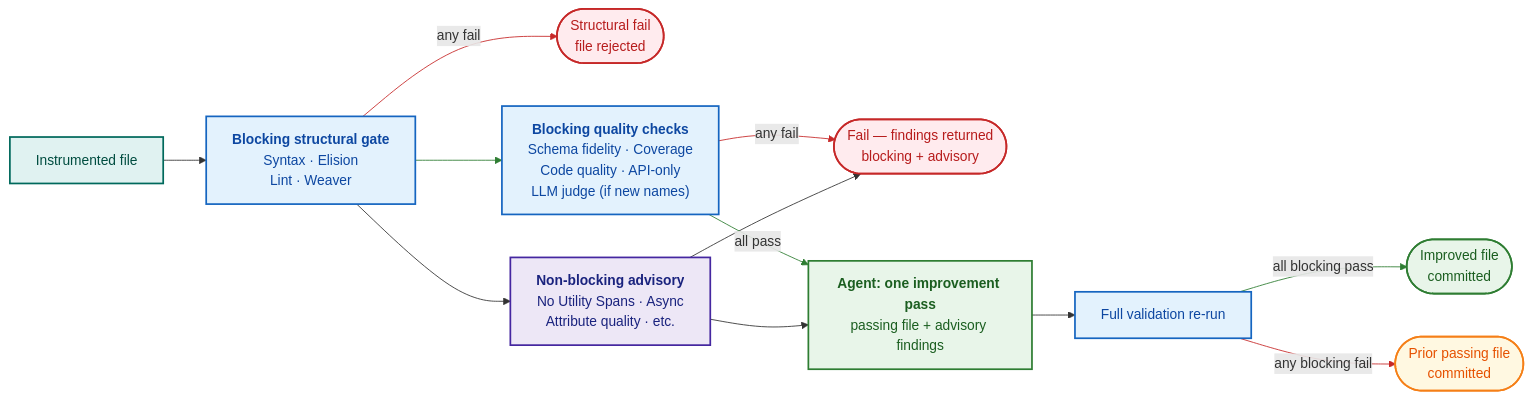
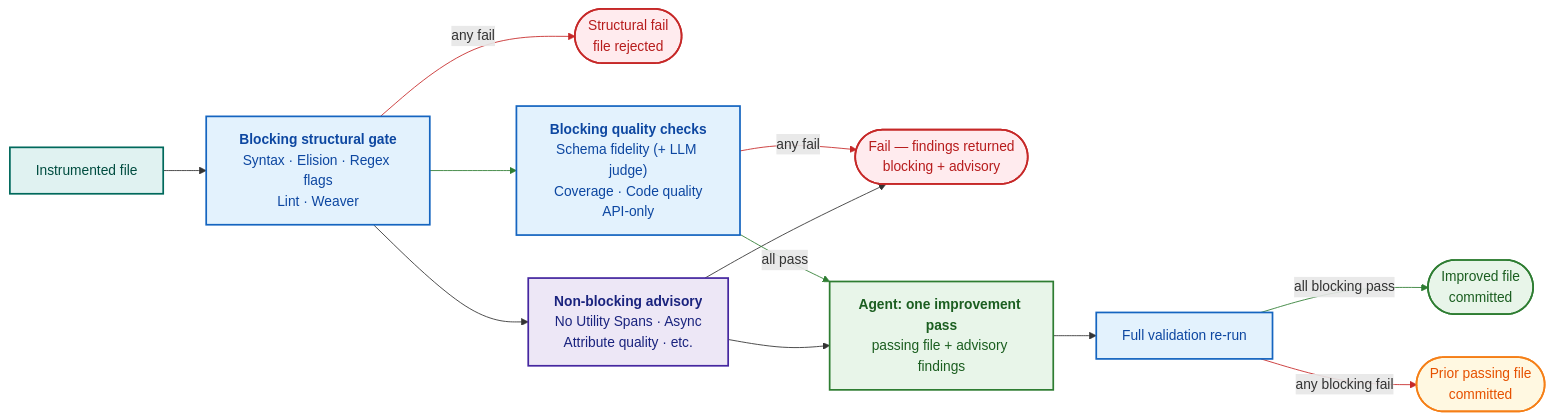
Diagram 25 of 48 in talk/slides-llmday/index.qmd (wiggitywhitney/spinybacked-orbweaver), drawn with Mermaid before and after one commit. The commit also changed other lines of this file and 2 other files, not shown here.

First line of the commit message:
docs(prd-1038): correct SCH-001/SCH-002 judge framing in llmday deck (M2)

````diff
--- a/talk/slides-llmday/index.qmd
+++ b/talk/slides-llmday/index.qmd
@@ -1468,62 +1484,62 @@
 ```{mermaid}
 %%| mermaid-format: js
 flowchart LR
     IN["Instrumented file"]
     GATE["`**Blocking structural gate**
-Syntax · Elision
+Syntax · Elision · Regex flags
 Lint · Weaver`"]
     REJECT(["`Structural fail
 file rejected`"])
     BLOCKING["`**Blocking quality checks**
-Schema fidelity · Coverage
-Code quality · API-only
-LLM judge (if new names)`"]
+Schema fidelity (+ LLM judge)
+Coverage · Code quality
+API-only`"]
     ADVISORY["`**Non-blocking advisory**
 No Utility Spans · Async
 Attribute quality · etc.`"]
     FAIL(["`Fail — findings returned
 blocking + advisory`"])
     POLISH["`**Agent: one improvement pass**
 passing file + advisory findings`"]
     RERUN["Full validation re-run"]
     IMPROVED(["`Improved file
 committed`"])
     PRIOR(["`Prior passing file
 committed`"])
 
     IN --> GATE
     GATE -->|any fail| REJECT
     GATE --> BLOCKING
     GATE --> ADVISORY
     BLOCKING -->|any fail| FAIL
     ADVISORY --> FAIL
     BLOCKING -->|"all pass"| POLISH
     ADVISORY --> POLISH
     POLISH --> RERUN
     RERUN -->|"all blocking pass"| IMPROVED
     RERUN -->|"any blocking fail"| PRIOR
 
     linkStyle 1 stroke:#C62828
     linkStyle 2 stroke:#2E7D32
     linkStyle 4 stroke:#C62828
     linkStyle 6 stroke:#2E7D32
     linkStyle 9 stroke:#2E7D32
     linkStyle 10 stroke:#C62828
 
     classDef dvin fill:#E0F2F1,stroke:#00695C,stroke-width:2px,color:#004D40
     classDef dvblock fill:#E3F2FD,stroke:#1565C0,stroke-width:2px,color:#0D47A1
     classDef dvadvisory fill:#EDE7F6,stroke:#4527A0,stroke-width:2px,color:#1A237E
     classDef dvfail fill:#FFEBEE,stroke:#C62828,stroke-width:2px,color:#B71C1C
     classDef dvagent fill:#E8F5E9,stroke:#2E7D32,stroke-width:2px,color:#1B5E20
     classDef dvaccept fill:#E8F5E9,stroke:#2E7D32,stroke-width:2px,color:#1B5E20
     classDef dvprior fill:#FFF8E1,stroke:#F57F17,stroke-width:2px,color:#E65100
     classDef dvhidden fill:white,stroke:white,color:white
 
     class IN dvin
     class GATE,BLOCKING,RERUN dvblock
     class ADVISORY dvadvisory
     class REJECT,FAIL dvfail
     class POLISH dvagent
     class IMPROVED dvaccept
     class PRIOR dvprior
 ```
````
